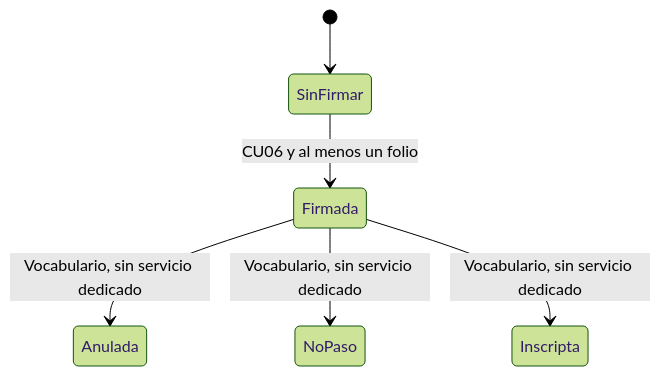
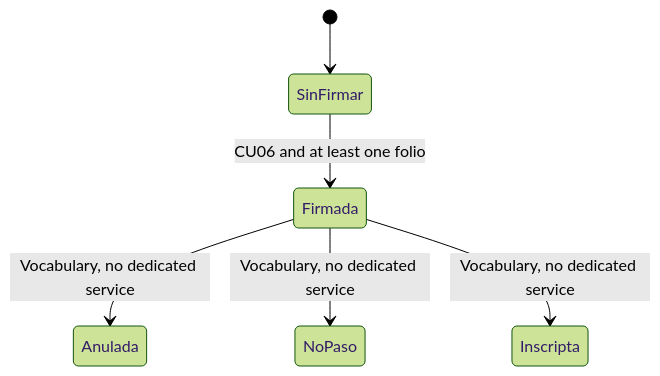
The fourth of 16 diagrams in docs/200-architecture/203-design/CICLO-DE-VIDA.md (matiaspakua/notaire), drawn with Mermaid (forest theme) before and after one commit. The commit also changed other lines of this file and 52 other files, not shown here.

````diff
--- a/docs/200-architecture/203-design/CICLO-DE-VIDA.md
+++ b/docs/200-architecture/203-design/CICLO-DE-VIDA.md
@@ -192,8 +195,8 @@
 ```mermaid
 stateDiagram-v2
   [*] --> SinFirmar
-  SinFirmar --> Firmada: CU06 y al menos un folio
-  Firmada --> Anulada: Vocabulario, sin servicio dedicado
-  Firmada --> NoPaso: Vocabulario, sin servicio dedicado
-  Firmada --> Inscripta: Vocabulario, sin servicio dedicado
+  SinFirmar --> Firmada: CU06 and at least one folio
+  Firmada --> Anulada: Vocabulary, no dedicated service
+  Firmada --> NoPaso: Vocabulary, no dedicated service
+  Firmada --> Inscripta: Vocabulary, no dedicated service
 ```
````
